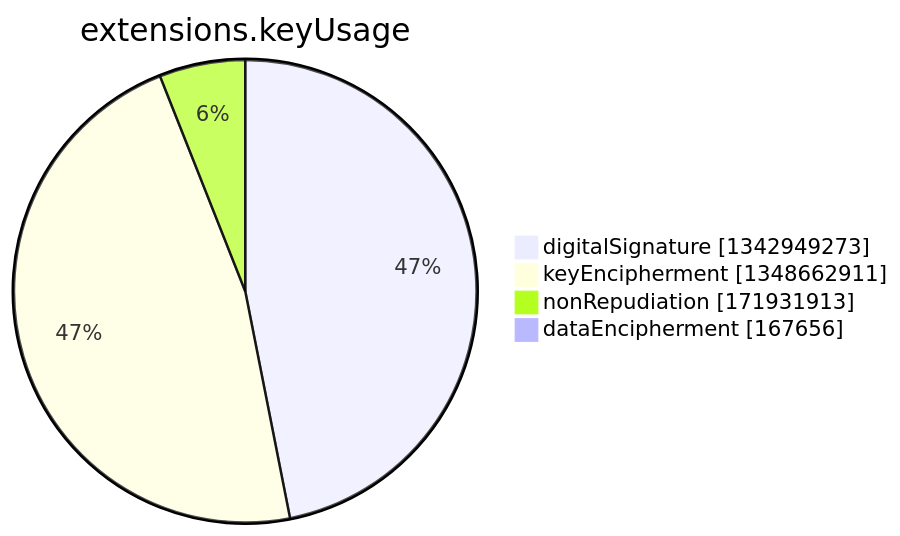
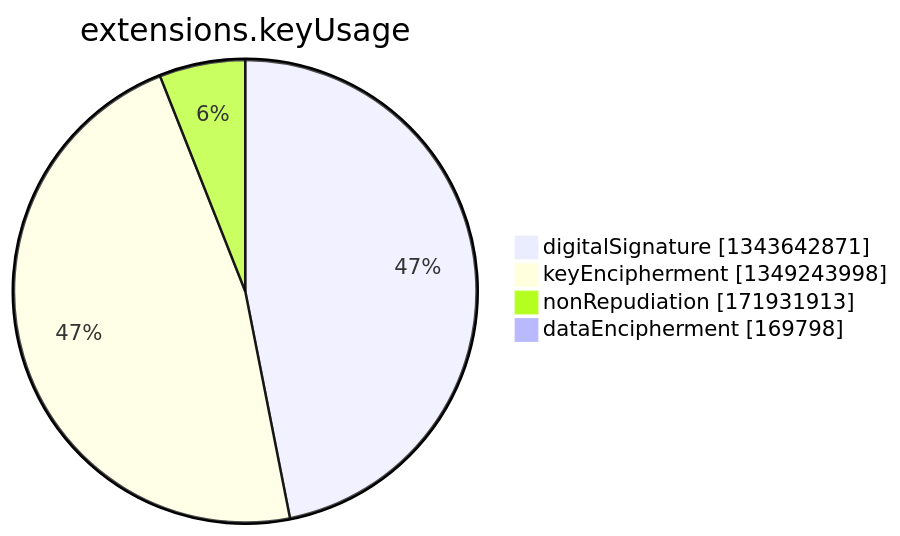
The seventh of 15 diagrams in argon2022/README.md (christiankrug/ctmonitor_visualization), drawn with Mermaid before and after one commit. The commit also changed other lines of this file, not shown here.

````diff
--- a/argon2022/README.md
+++ b/argon2022/README.md
@@ -2750,8 +2750,8 @@
 ```mermaid
 pie showData
 title extensions.keyUsage
-"digitalSignature" :1342949273
-"keyEncipherment" :1348662911
+"digitalSignature" :1343642871
+"keyEncipherment" :1349243998
 "nonRepudiation" :171931913
-"dataEncipherment" :167656
+"dataEncipherment" :169798
 ```
````
